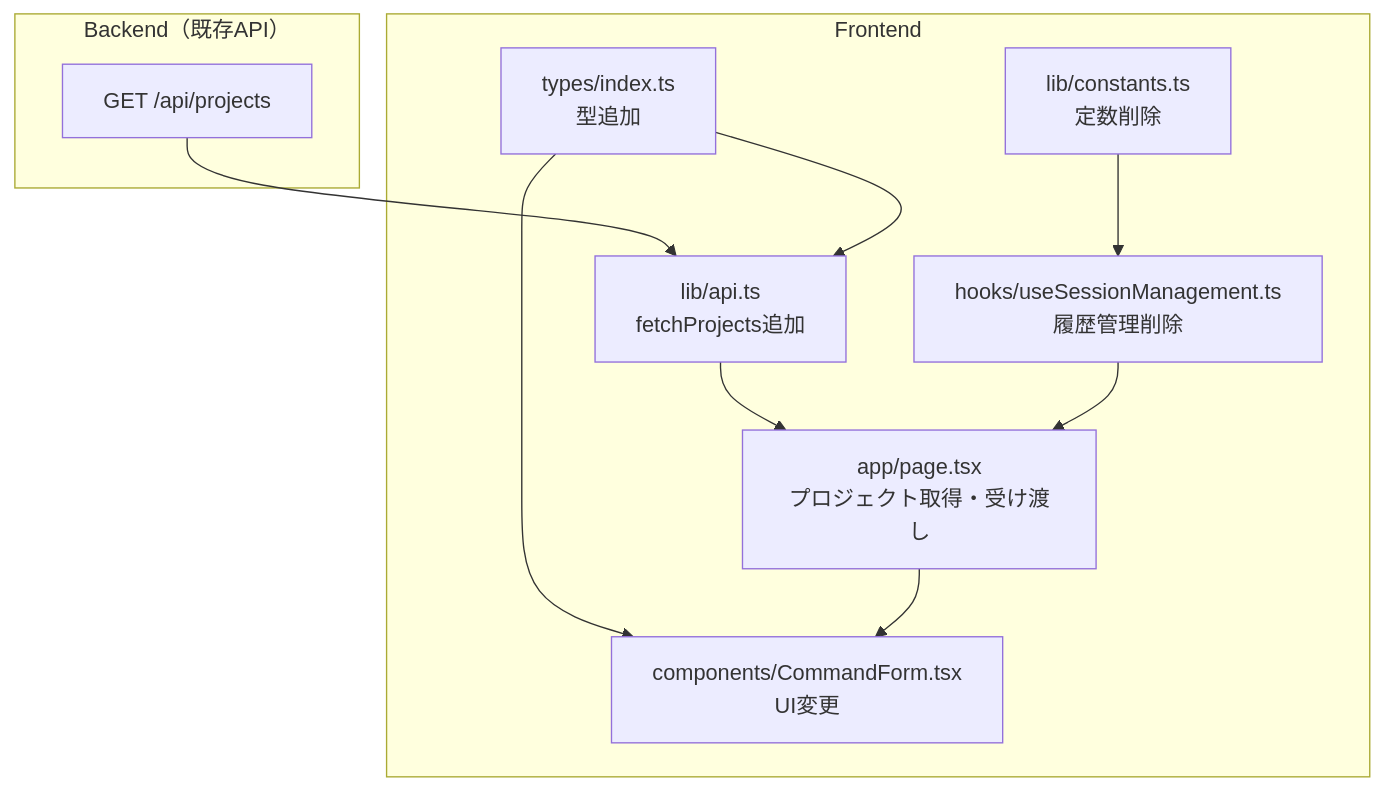
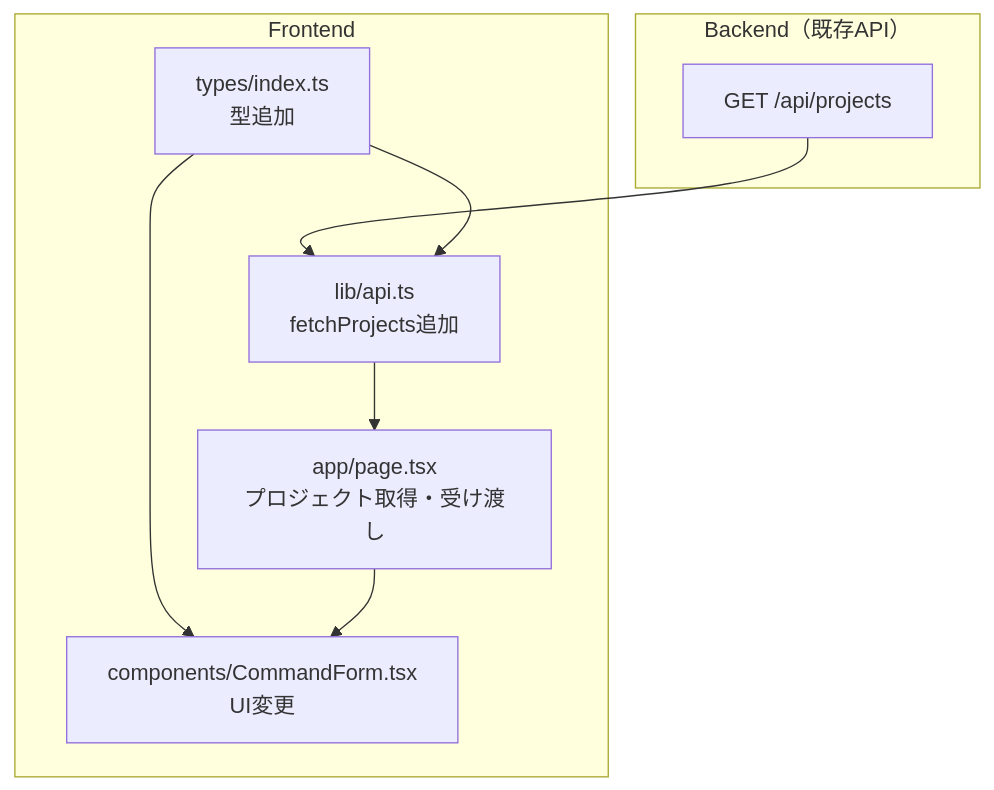
Before and after one commit to nyan-tama/Ghostrunner: the diagram in 開発/実装/実装待ち/2026-02-16_ProjectPath候補表示_plan.md, drawn with Mermaid. The commit also changed other lines of this file, not shown here.

````diff
--- a/開発/実装/実装待ち/2026-02-16_ProjectPath候補表示_plan.md
+++ b/開発/実装/実装待ち/2026-02-16_ProjectPath候補表示_plan.md
@@ -98,21 +97,17 @@
 ```mermaid
 flowchart TD
     subgraph "Backend（既存API）"
         API["GET /api/projects"]
     end
     subgraph "Frontend"
         TYPES["types/index.ts<br>型追加"]
         APITS["lib/api.ts<br>fetchProjects追加"]
-        CONST["lib/constants.ts<br>定数削除"]
-        HOOK["hooks/useSessionManagement.ts<br>履歴管理削除"]
         PAGE["app/page.tsx<br>プロジェクト取得・受け渡し"]
         FORM["components/CommandForm.tsx<br>UI変更"]
     end
     API --> APITS
     APITS --> PAGE
     TYPES --> APITS
     TYPES --> FORM
-    CONST --> HOOK
-    HOOK --> PAGE
     PAGE --> FORM
 ```
````
